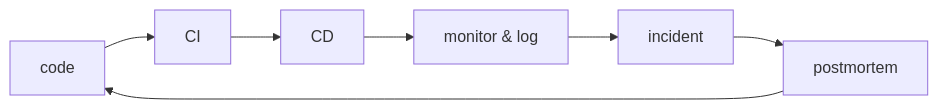
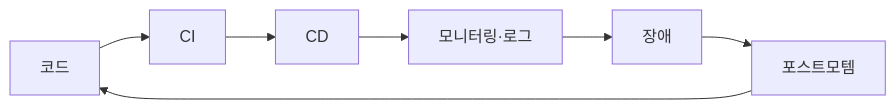
The diagram in content/devops-101/ko/10-operable-devops-flow.md (yeongseon-books/book-content), drawn with Mermaid before and after one commit. The commit also changed other lines of this file and 1 other file, not shown here.

````diff
--- a/content/devops-101/ko/10-operable-devops-flow.md
+++ b/content/devops-101/ko/10-operable-devops-flow.md
@@ -35,9 +53,9 @@
 ```mermaid
 flowchart LR
-    Code["code"] --> CI["CI"]
+    Code["코드"] --> CI["CI"]
     CI --> CD["CD"]
-    CD --> Monitor["monitor & log"]
-    Monitor --> Incident["incident"]
-    Incident --> Postmortem["postmortem"]
+    CD --> Monitor["모니터링·로그"]
+    Monitor --> Incident["장애"]
+    Incident --> Postmortem["포스트모템"]
     Postmortem --> Code
 ```
````
